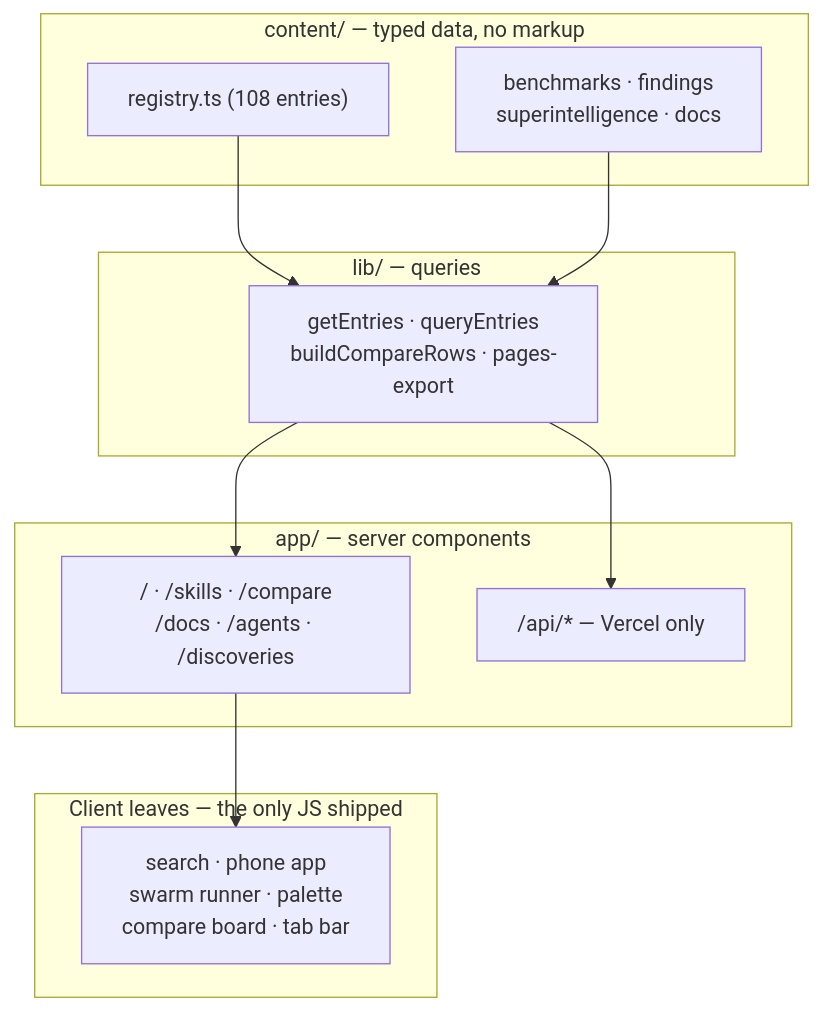
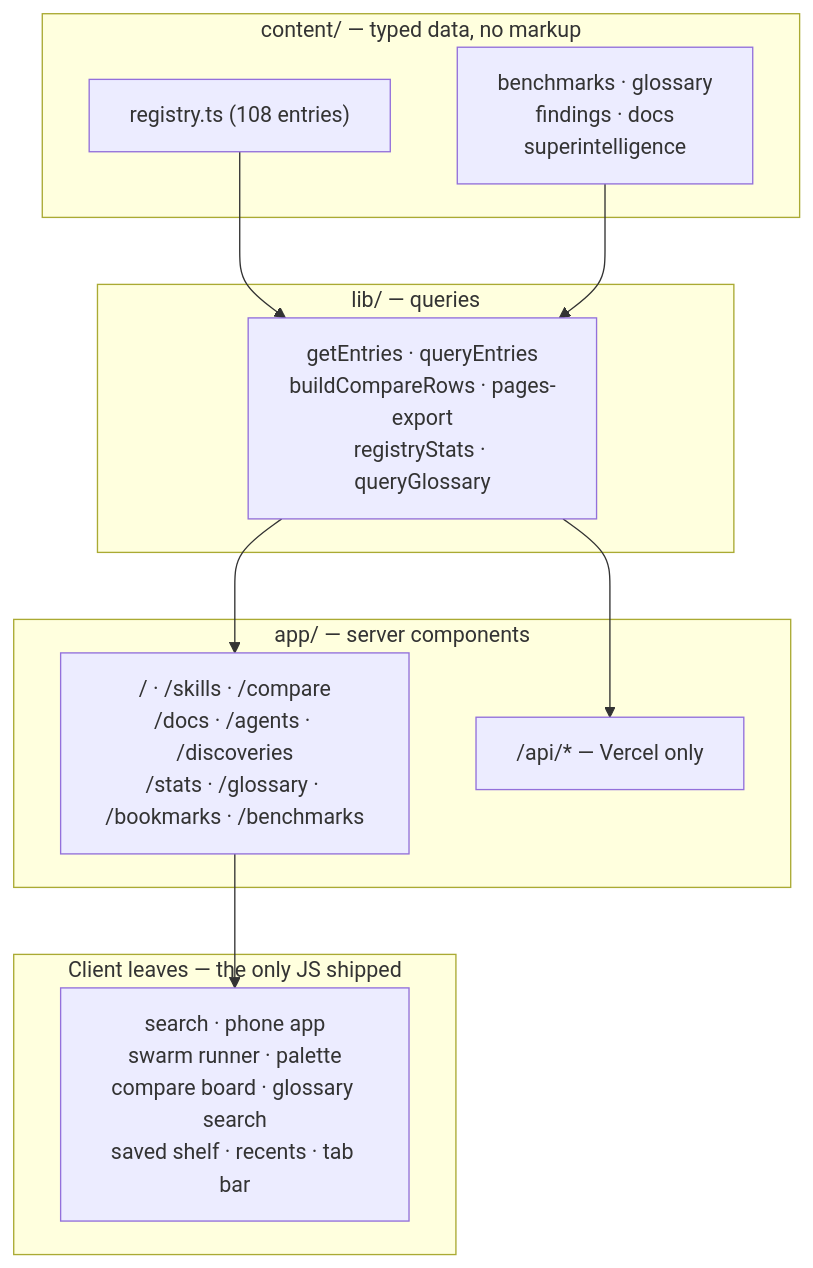
Before and after one commit to aniruddhaadak80/wow-repo: the first of 3 diagrams in README.md, drawn with Mermaid. The commit also changed other lines of this file and 5 other files, not shown here.

````diff
--- a/README.md
+++ b/README.md
@@ -78,22 +88,22 @@
 ```mermaid
 flowchart TB
     subgraph content["content/ — typed data, no markup"]
         REG["registry.ts (108 entries)"]
-        MORE["benchmarks · findings<br/>superintelligence · docs"]
+        MORE["benchmarks · glossary<br/>findings · docs<br/>superintelligence"]
     end
     subgraph lib["lib/ — queries"]
-        Q["getEntries · queryEntries<br/>buildCompareRows · pages-export"]
+        Q["getEntries · queryEntries<br/>buildCompareRows · pages-export<br/>registryStats · queryGlossary"]
     end
     subgraph app["app/ — server components"]
-        P["/ · /skills · /compare<br/>/docs · /agents · /discoveries"]
+        P["/ · /skills · /compare<br/>/docs · /agents · /discoveries<br/>/stats · /glossary · /bookmarks · /benchmarks"]
         API["/api/* — Vercel only"]
     end
     subgraph islands["Client leaves — the only JS shipped"]
-        I["search · phone app<br/>swarm runner · palette<br/>compare board · tab bar"]
+        I["search · phone app<br/>swarm runner · palette<br/>compare board · glossary search<br/>saved shelf · recents · tab bar"]
     end
     REG --> Q
     MORE --> Q
     Q --> P
     Q --> API
     P --> I
 ```
````
